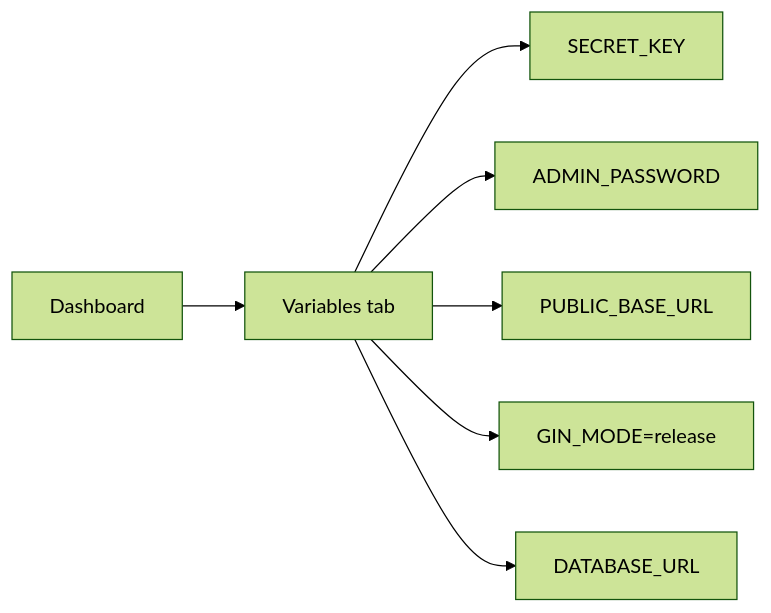
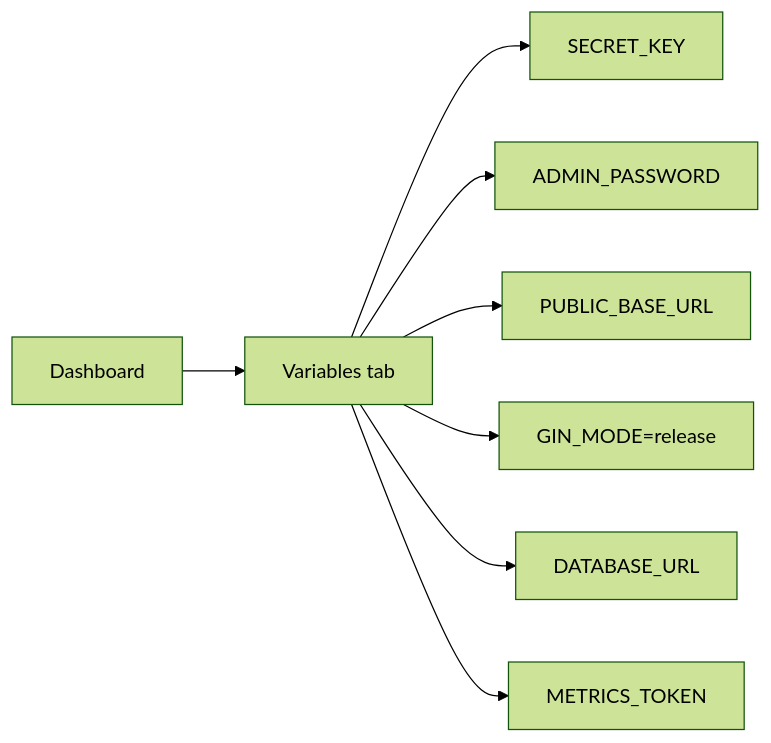
The third of 3 diagrams in DEPLOY_RAILWAY.md (Kouskous56/Goshorty), drawn with Mermaid (forest theme) before and after one commit. The commit also changed other lines of this file and 63 other files, not shown here.

````diff
--- a/DEPLOY_RAILWAY.md
+++ b/DEPLOY_RAILWAY.md
@@ -69,9 +69,10 @@
 ```mermaid
 graph LR
     A[Dashboard] --> B[Variables tab]
     B --> C[SECRET_KEY]
     B --> D[ADMIN_PASSWORD]
     B --> E[PUBLIC_BASE_URL]
     B --> F[GIN_MODE=release]
     B --> G[DATABASE_URL]
+    B --> H[METRICS_TOKEN]
 ```
````
